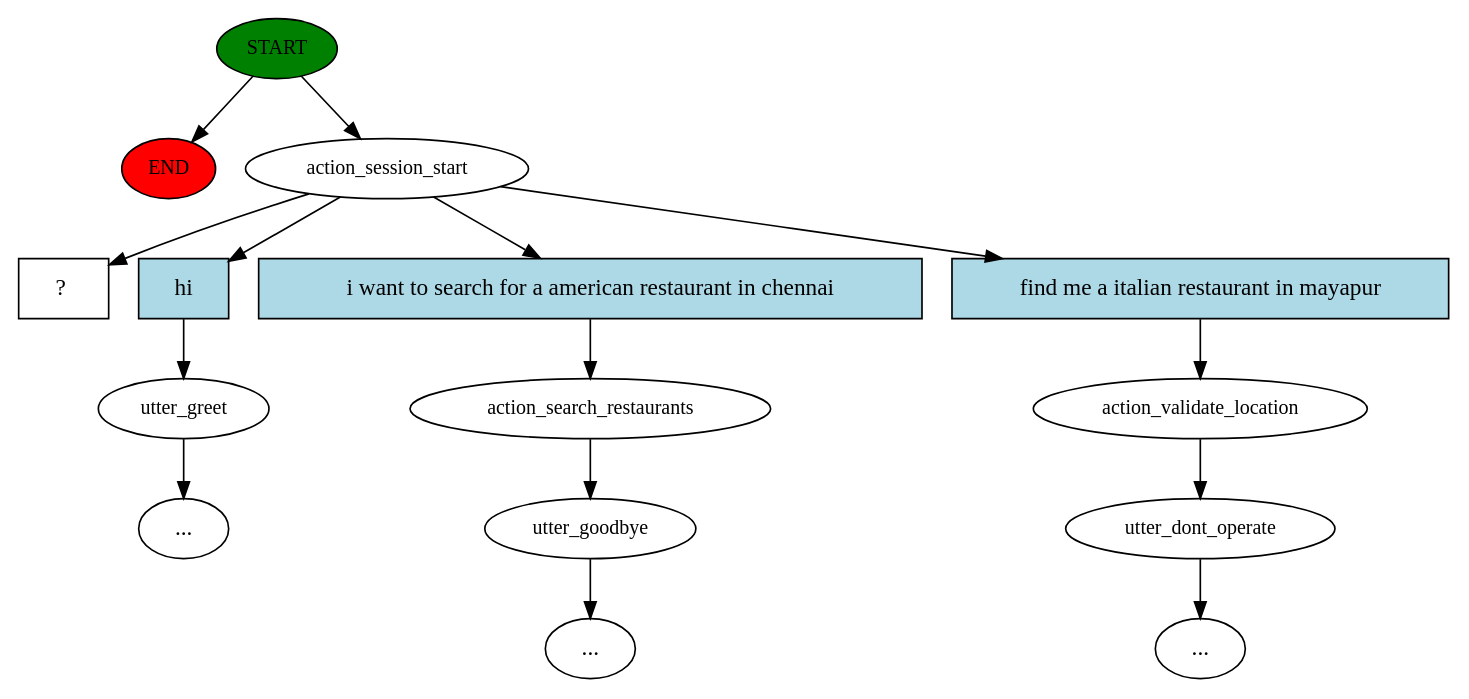
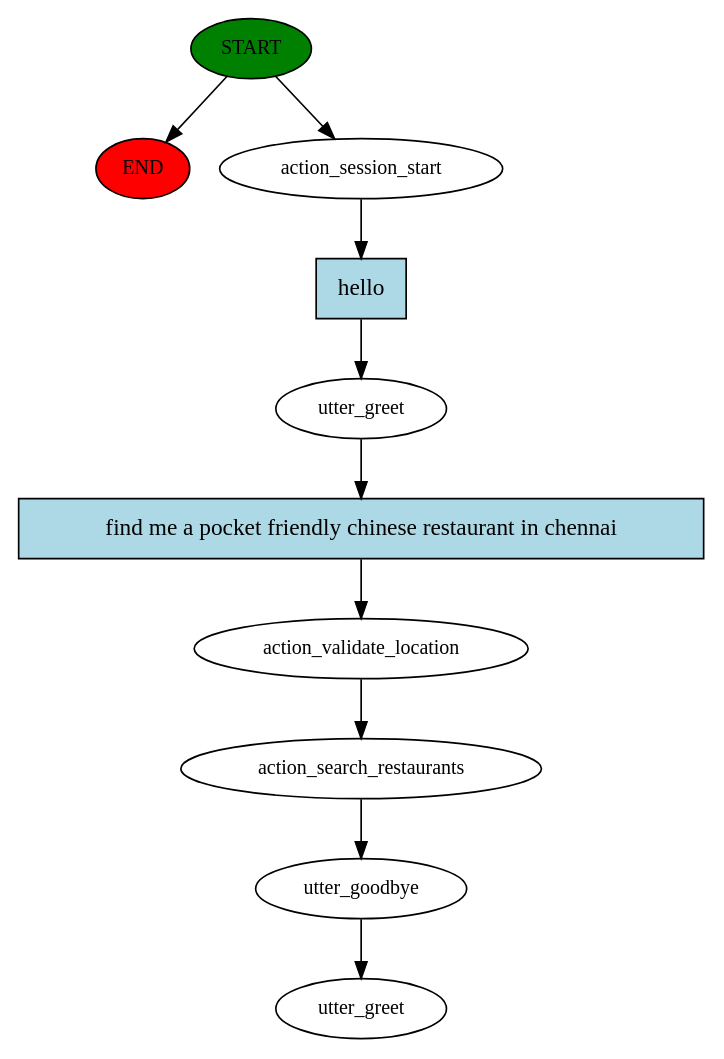
The diagram in story_graph.dot (n-sundar/Foodie-Chatbot), drawn with Graphviz before and after one commit. The commit also changed 16 other files, not shown here.

```diff
--- a/story_graph.dot
+++ b/story_graph.dot
@@ -1,31 +1,21 @@
 digraph  {
 0 [class="start active", fillcolor=green, fontsize=12, label=START, style=filled];
 "-1" [class=end, fillcolor=red, fontsize=12, label=END, style=filled];
 1 [class=active, fontsize=12, label=action_session_start];
-2 [class="", fontsize=12, label=utter_greet];
-"-3" [class=ellipsis, label="..."];
-4 [class="", fontsize=12, label=action_search_restaurants];
-5 [class="", fontsize=12, label=utter_goodbye];
-"-4" [class=ellipsis, label="..."];
-7 [class="", fontsize=12, label=action_validate_location];
-8 [class="", fontsize=12, label=utter_dont_operate];
-"-5" [class=ellipsis, label="..."];
-10 [class="intent dashed active", label="  ?  ", shape=rect];
-11 [class=intent, fillcolor=lightblue, label=hi, shape=rect, style=filled];
-12 [class=intent, fillcolor=lightblue, label="i want to search for a american restaurant in chennai", shape=rect, style=filled];
-13 [class=intent, fillcolor=lightblue, label="find me a italian restaurant in mayapur", shape=rect, style=filled];
+2 [class=active, fontsize=12, label=utter_greet];
+3 [class=active, fontsize=12, label=action_validate_location];
+4 [class=active, fontsize=12, label=action_search_restaurants];
+5 [class=active, fontsize=12, label=utter_goodbye];
+6 [class="dashed active", fontsize=12, label=utter_greet];
+7 [class="intent active", fillcolor=lightblue, label=hello, shape=rect, style=filled];
+8 [class="intent active", fillcolor=lightblue, label="find me a pocket friendly chinese restaurant in chennai", shape=rect, style=filled];
 0 -> "-1"  [class="", key=NONE, label=""];
 0 -> 1  [class=active, key=NONE, label=""];
-1 -> 10  [class=active, key=NONE, label=""];
-1 -> 11  [class="", key=0];
-1 -> 12  [class="", key=0];
-1 -> 13  [class="", key=0];
-2 -> "-3"  [class="", key=NONE, label=""];
-4 -> 5  [class="", key=NONE, label=""];
-5 -> "-4"  [class="", key=NONE, label=""];
-7 -> 8  [class="", key=NONE, label=""];
-8 -> "-5"  [class="", key=NONE, label=""];
-11 -> 2  [class="", key=0];
-12 -> 4  [class="", key=0];
-13 -> 7  [class="", key=0];
+1 -> 7  [class=active, key=0];
+2 -> 8  [class=active, key=0];
+3 -> 4  [class=active, key=NONE, label=""];
+4 -> 5  [class=active, key=NONE, label=""];
+5 -> 6  [class=active, key=NONE, label=""];
+7 -> 2  [class=active, key=0];
+8 -> 3  [class=active, key=0];
 }
```
